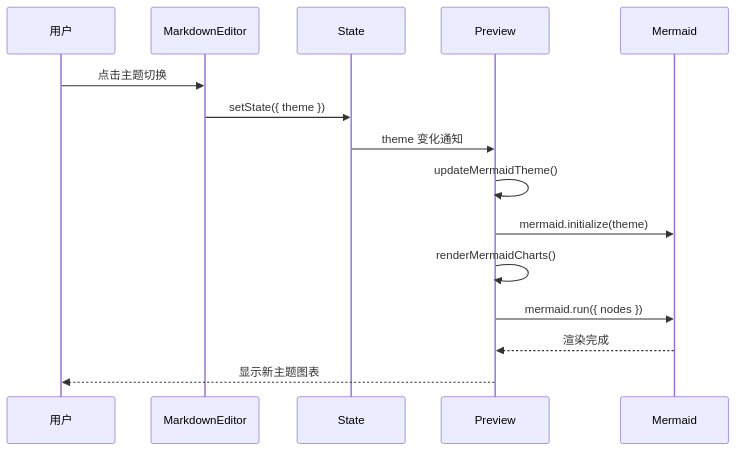
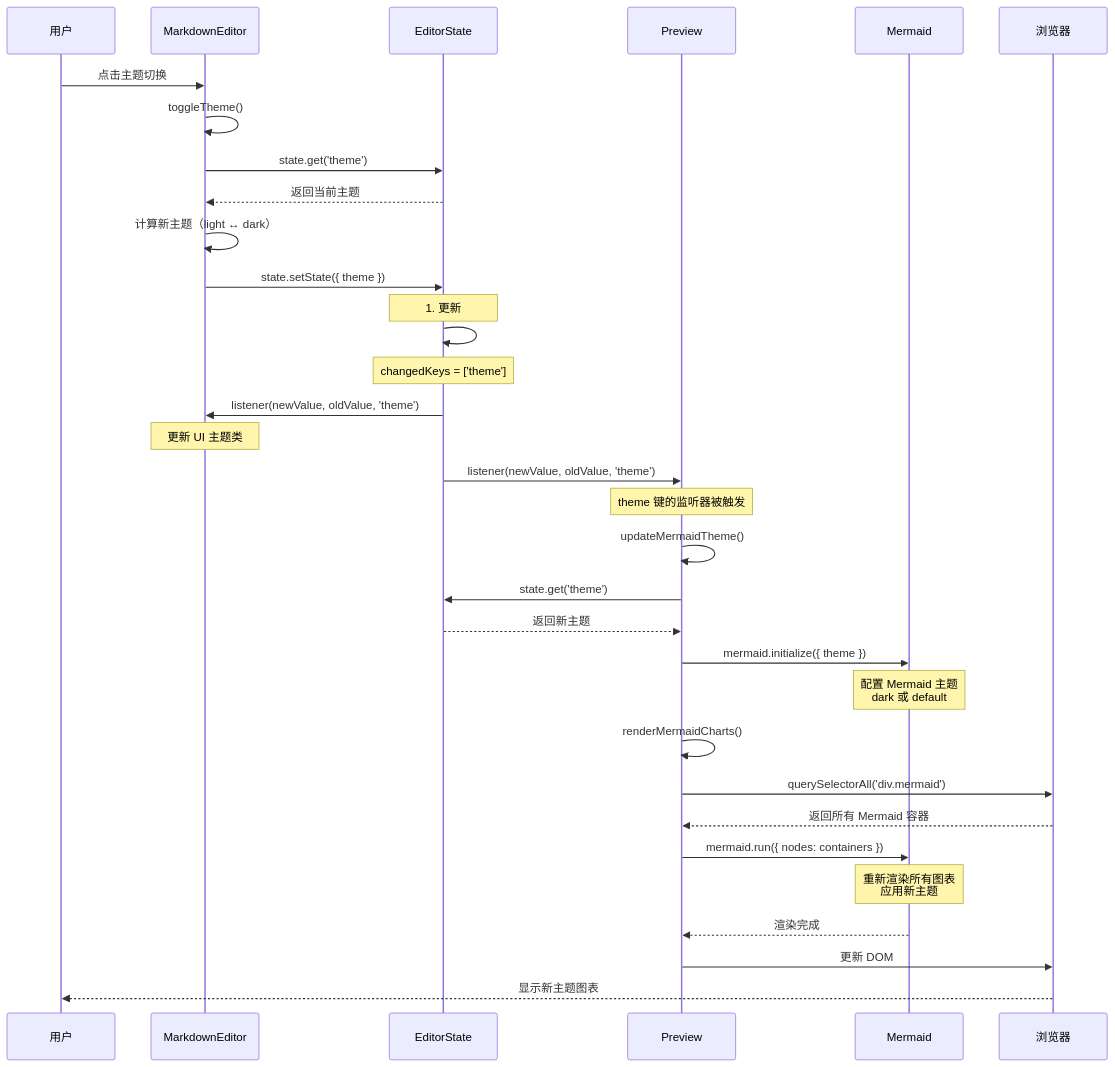
The fourth of 8 diagrams in docs/preview.md (ZCShou/markdown), drawn with Mermaid before and after one commit. The commit also changed other lines of this file and 1 other file, not shown here.

First line of the commit message:
refactor: implement incremental rendering in Preview component

````diff
--- a/docs/preview.md
+++ b/docs/preview.md
@@ -236,18 +365,50 @@
 ```mermaid
 sequenceDiagram
     participant User as 用户
     participant Editor as MarkdownEditor
-    participant State as State
+    participant State as EditorState
     participant Preview as Preview
     participant Mermaid as Mermaid
+    participant Browser as 浏览器
 
     User->>Editor: 点击主题切换
-    Editor->>State: setState({ theme })
-    State->>Preview: theme 变化通知
+    Editor->>Editor: toggleTheme()
+    
+    Editor->>State: state.get('theme')
+    State-->>Editor: 返回当前主题
+    
+    Editor->>Editor: 计算新主题（light ↔ dark）
+    
+    Editor->>State: state.setState({ theme })
+    Note over State: 1. 更新 #state.theme<br/>2. 检查变化<br/>3. 调用 #notify()
+    
+    State->>State: #notify(oldState, newState, changedKeys)
+    Note over State: changedKeys = ['theme']
+    
+    State->>Editor: listener(newValue, oldValue, 'theme')
+    Note over Editor: 更新 UI 主题类
+    
+    State->>Preview: listener(newValue, oldValue, 'theme')
+    Note over Preview: theme 键的监听器被触发
+    
     Preview->>Preview: updateMermaidTheme()
-    Preview->>Mermaid: mermaid.initialize(theme)
+    
+    Preview->>State: state.get('theme')
+    State-->>Preview: 返回新主题
+    
+    Preview->>Mermaid: mermaid.initialize({ theme })
+    Note over Mermaid: 配置 Mermaid 主题<br/>dark 或 default
+    
     Preview->>Preview: renderMermaidCharts()
-    Preview->>Mermaid: mermaid.run({ nodes })
+    
+    Preview->>Browser: querySelectorAll('div.mermaid')
+    Browser-->>Preview: 返回所有 Mermaid 容器
+    
+    Preview->>Mermaid: mermaid.run({ nodes: containers })
+    Note over Mermaid: 重新渲染所有图表<br/>应用新主题
+    
     Mermaid-->>Preview: 渲染完成
-    Preview-->>User: 显示新主题图表
+    
+    Preview->>Browser: 更新 DOM
+    Browser-->>User: 显示新主题图表
 ```
````
